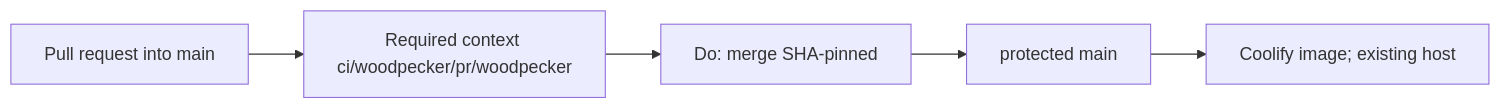
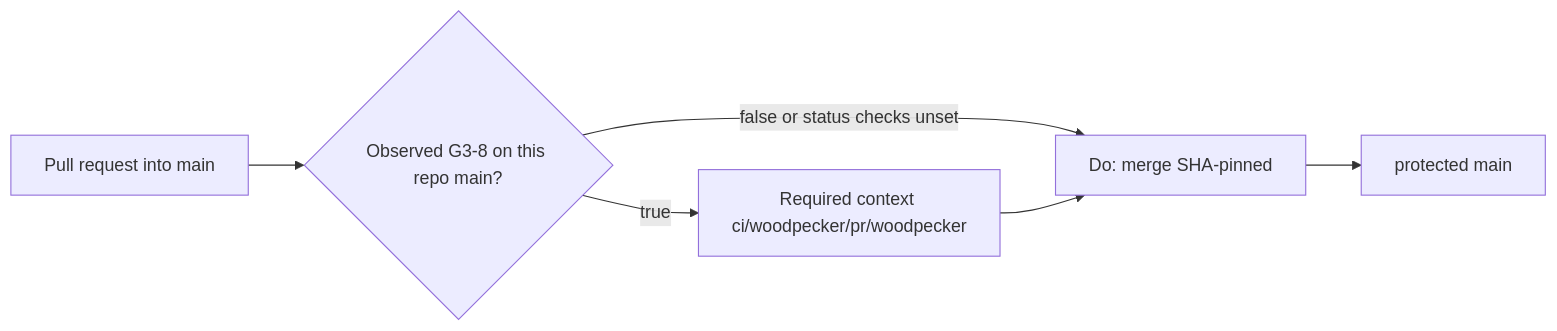
Before and after one commit to PlasticDigits/gitlab-cursor-webhook: the second of 2 diagrams in docs/architecture.md, drawn with Mermaid. The commit also changed other lines of this file and 1 other file, not shown here.

First line of the commit message:
docs: ADR 0001 one Woodpecker land rule and admin GET actors

````diff
--- a/docs/architecture.md
+++ b/docs/architecture.md
@@ -133,7 +158,8 @@
 ```mermaid
 flowchart LR
-  PR[Pull request into main] --> WP[Required context ci/woodpecker/pr/woodpecker]
-  WP --> MERGE[Do: merge SHA-pinned]
+  PR[Pull request into main] --> G38{Observed G3-8 on this repo main?}
+  G38 -->|true| WP[Required context ci/woodpecker/pr/woodpecker]
+  G38 -->|false or status checks unset| MERGE[Do: merge SHA-pinned]
+  WP --> MERGE
   MERGE --> MAIN[protected main]
-  MAIN --> COOLIFY[Coolify image; existing host]
 ```
````
